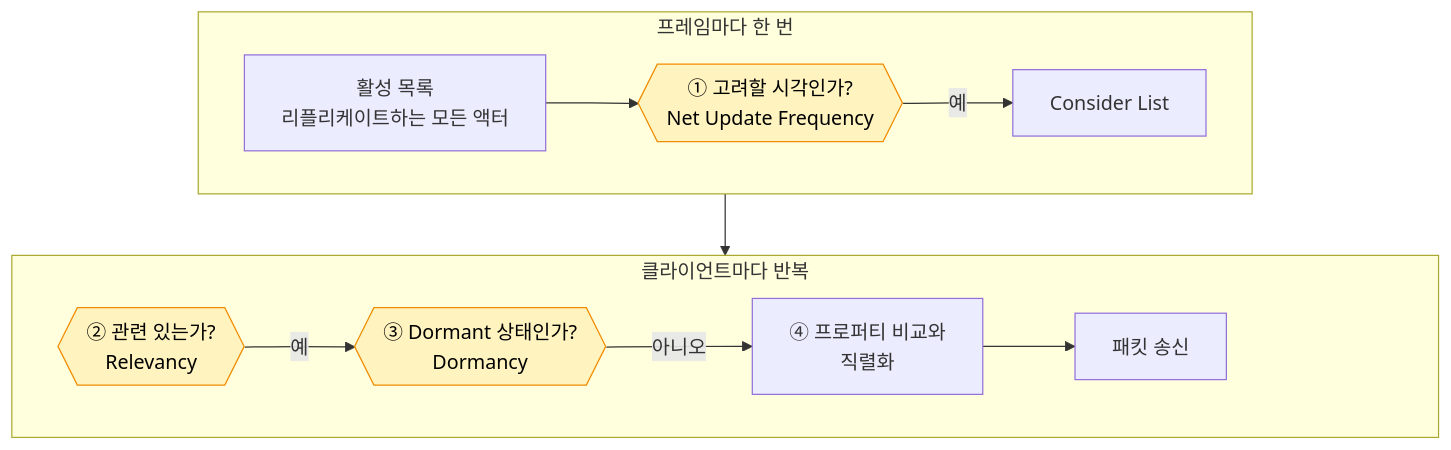
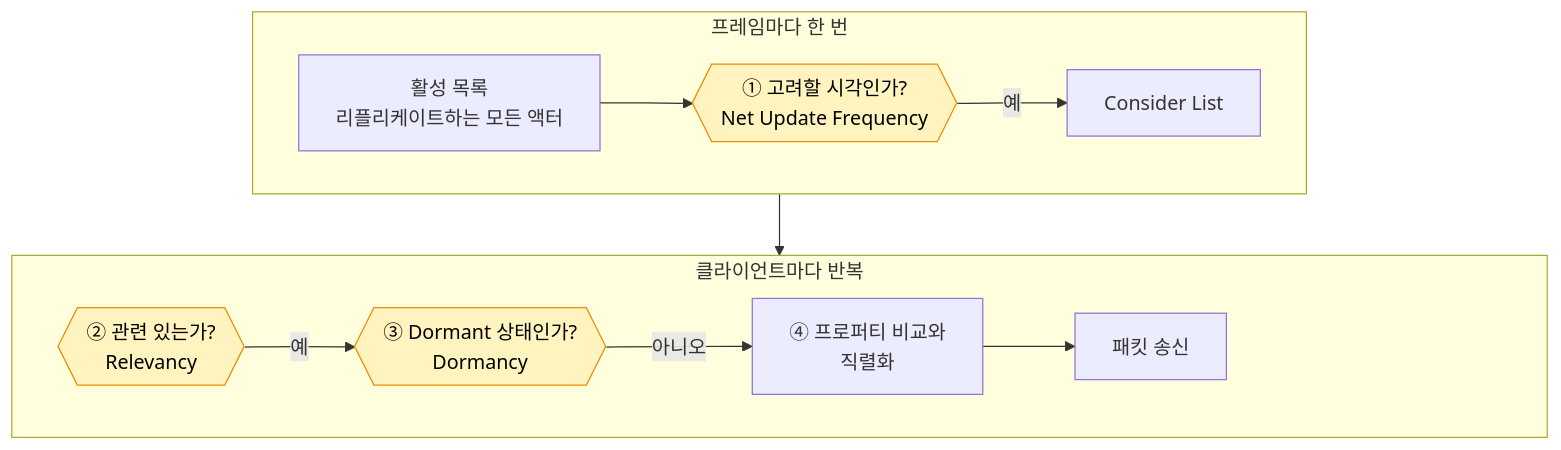
One commit to hon454/ue-dedicated-server-optimization-lab changed the diagram in Posts/01-baseline/README.md. Above: the diagram before and after it, drawn with Mermaid. The commit also changed 5 other files, not shown here.

First line of the commit message:
docs(posts): pad the flows with transparent text so GitHub keeps the last node clear

````diff
--- a/Posts/01-baseline/README.md
+++ b/Posts/01-baseline/README.md
@@ -42,20 +42,20 @@
 ```mermaid
 flowchart TB
     subgraph Once["프레임마다 한 번"]
         direction LR
         A["활성 목록<br/>리플리케이트하는 모든 액터"] --> B{{"① 고려할 시각인가?<br/>Net Update Frequency"}}
         B -- "예" --> C["Consider List"]
     end
     subgraph PerClient["클라이언트마다 반복"]
         direction LR
         D{{"② 관련 있는가?<br/>Relevancy"}} -- "예" --> E{{"③ Dormant 상태인가?<br/>Dormancy"}}
         E -- "아니오" --> G["④ 프로퍼티 비교와<br/>직렬화"]
         G --> H["패킷 송신"]
-        H ~~~ Pad["　　　　　　"]
+        H ~~~ Pad["여백여백여백"]
     end
     Once --> PerClient
     classDef check fill:#fff3bf,stroke:#f08c00,color:#000
     class B,D,E check
-    classDef pad fill:none,stroke:none
+    classDef pad fill:none,stroke:none,color:transparent
     class Pad pad
 ```
````
